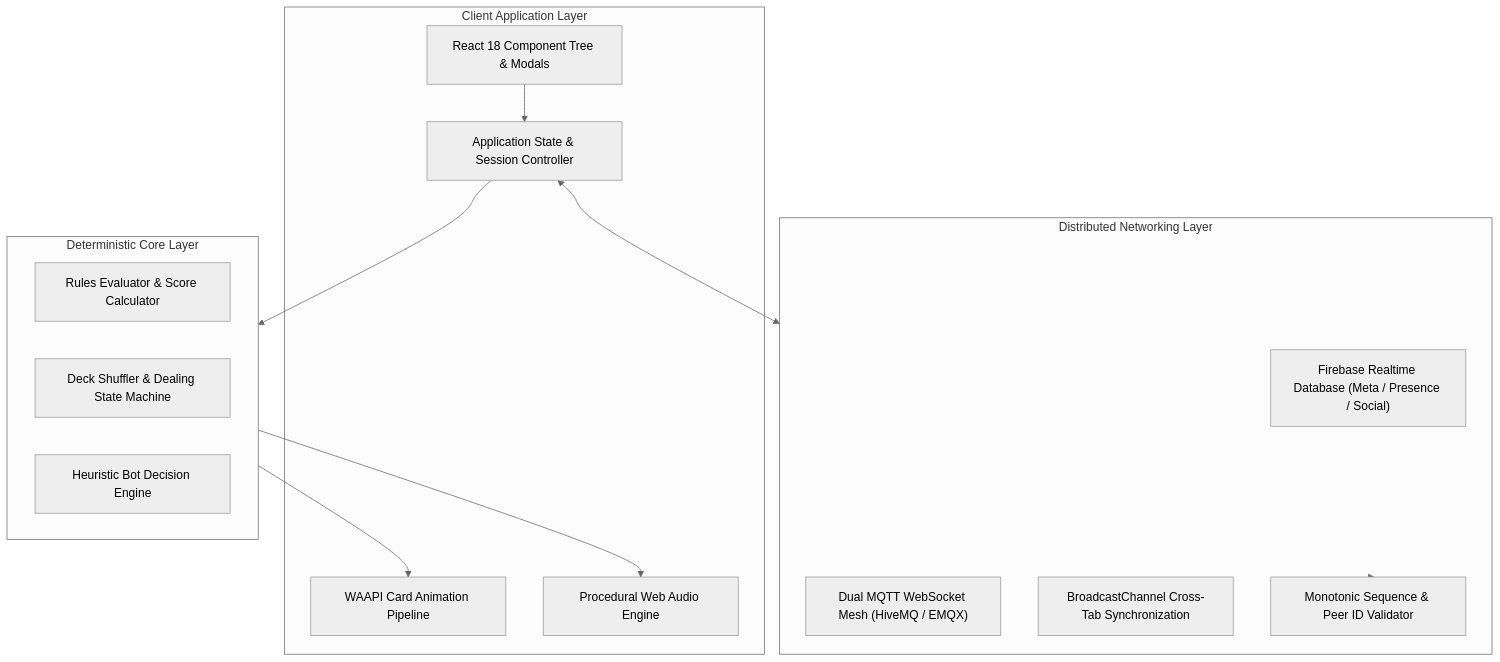
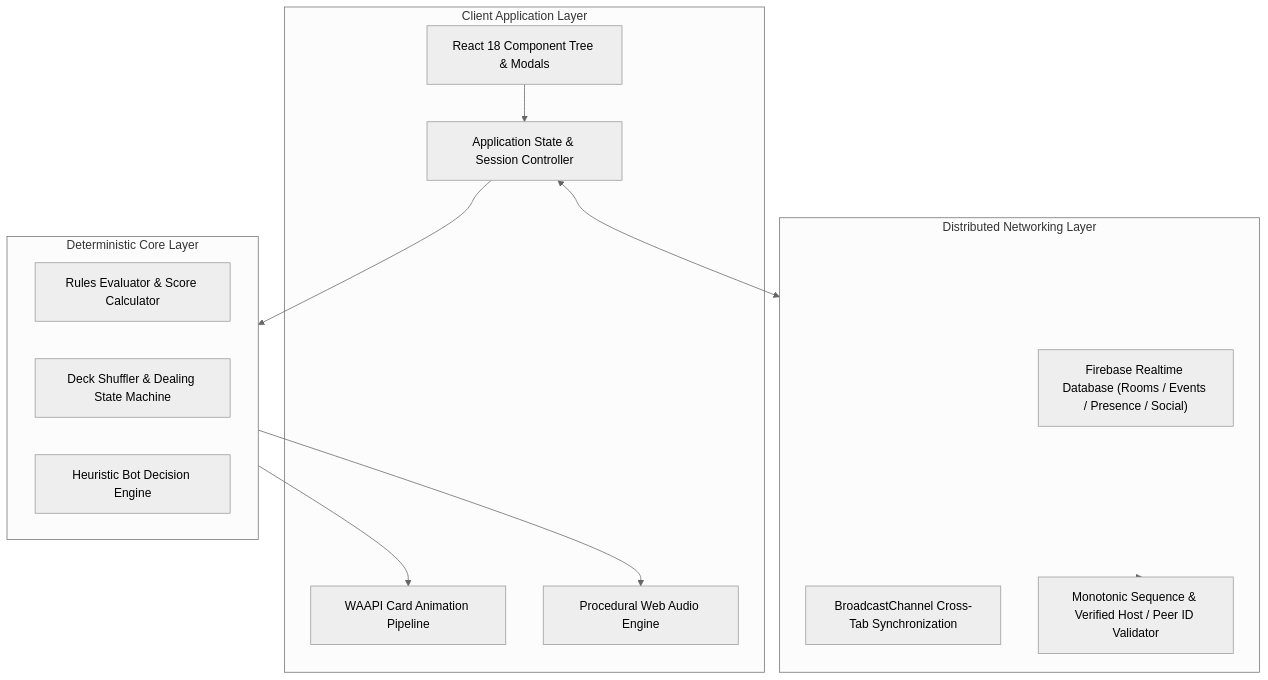
The diagram in README.md (AdoQeT/peeshtee), drawn with Mermaid (neutral theme) before and after one commit. The commit also changed other lines of this file and 8 other files, not shown here.

````diff
--- a/README.md
+++ b/README.md
@@ -17,29 +17,28 @@
 ```mermaid
 graph TD
     subgraph Client["Client Application Layer"]
         UI["React 18 Component Tree & Modals"]
         State["Application State & Session Controller"]
         Anim["WAAPI Card Animation Pipeline"]
         Audio["Procedural Web Audio Engine"]
     end
 
     subgraph Core["Deterministic Core Layer"]
         Rules["Rules Evaluator & Score Calculator"]
         Deck["Deck Shuffler & Dealing State Machine"]
         AI["Heuristic Bot Decision Engine"]
     end
 
     subgraph Network["Distributed Networking Layer"]
-        Firebase["Firebase Realtime Database (Meta / Presence / Social)"]
-        MQTT["Dual MQTT WebSocket Mesh (HiveMQ / EMQX)"]
+        Firebase["Firebase Realtime Database (Rooms / Events / Presence / Social)"]
         LocalMesh["BroadcastChannel Cross-Tab Synchronization"]
-        Validator["Monotonic Sequence & Peer ID Validator"]
+        Validator["Monotonic Sequence & Verified Host / Peer ID Validator"]
     end
 
     UI --> State
     State --> Core
     Core --> Anim
     Core --> Audio
     State <--> Network
     Network --> Validator
 ```
````
